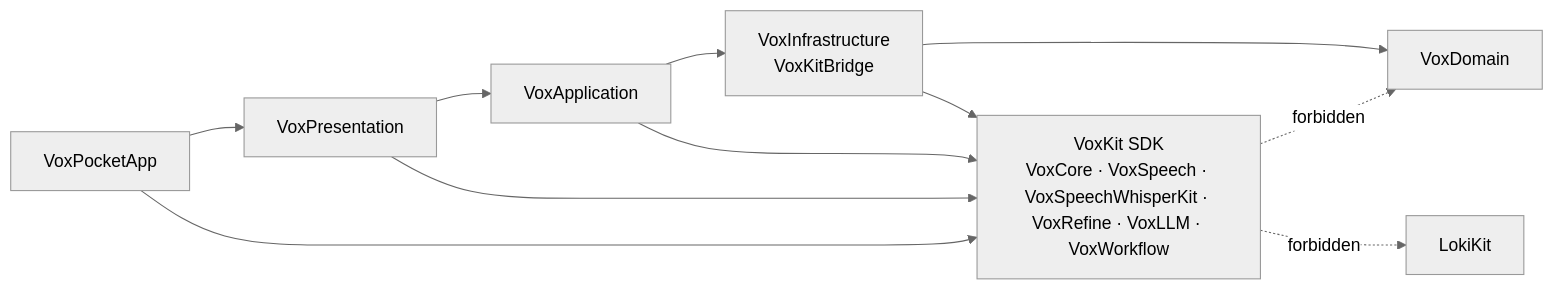
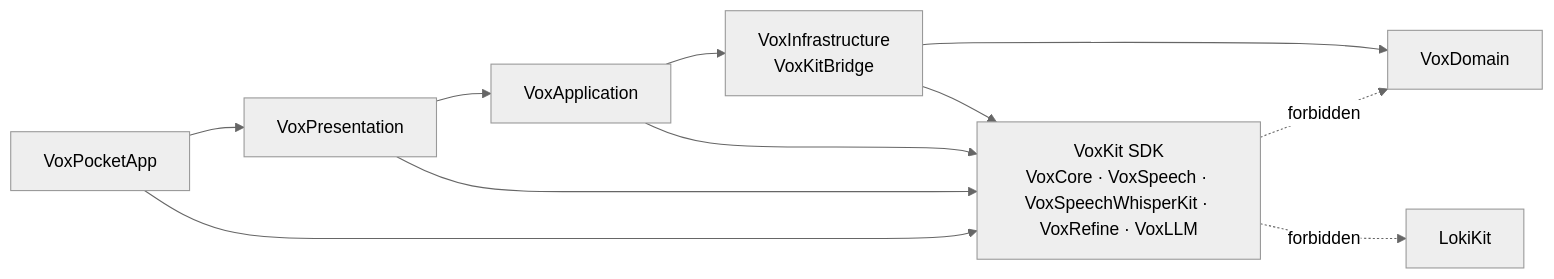
The first of 7 diagrams in docs/architecture/dependency-graph.md (LeePepe/VoxPocket), drawn with Mermaid (neutral theme) before and after one commit. The commit also changed other lines of this file and 256 other files, not shown here.

First line of the commit message:
refactor(voxkit): move speech, refine, and LLM modules into Packages/VoxKit (PR-2) (#141)

````diff
--- a/docs/architecture/dependency-graph.md
+++ b/docs/architecture/dependency-graph.md
@@ -5,20 +5,20 @@
 ```mermaid
 graph LR
-    VoxKit[VoxKit SDK\nVoxCore · VoxSpeech · VoxSpeechWhisperKit · VoxRefine · VoxLLM · VoxWorkflow]
+    VoxKit[VoxKit SDK\nVoxCore · VoxSpeech · VoxSpeechWhisperKit · VoxRefine · VoxLLM]
     Bridge[VoxInfrastructure\nVoxKitBridge]
     App[VoxApplication]
     Presentation[VoxPresentation]
     Shell[VoxPocketApp]
     Domain[VoxDomain]
     Loki[LokiKit]
     Bridge --> VoxKit
     App --> VoxKit
     Presentation --> VoxKit
     Shell --> VoxKit
     Bridge --> Domain
     App --> Bridge
     Presentation --> App
     Shell --> Presentation
     VoxKit -. forbidden .-> Domain
     VoxKit -. forbidden .-> Loki
 ```
````
